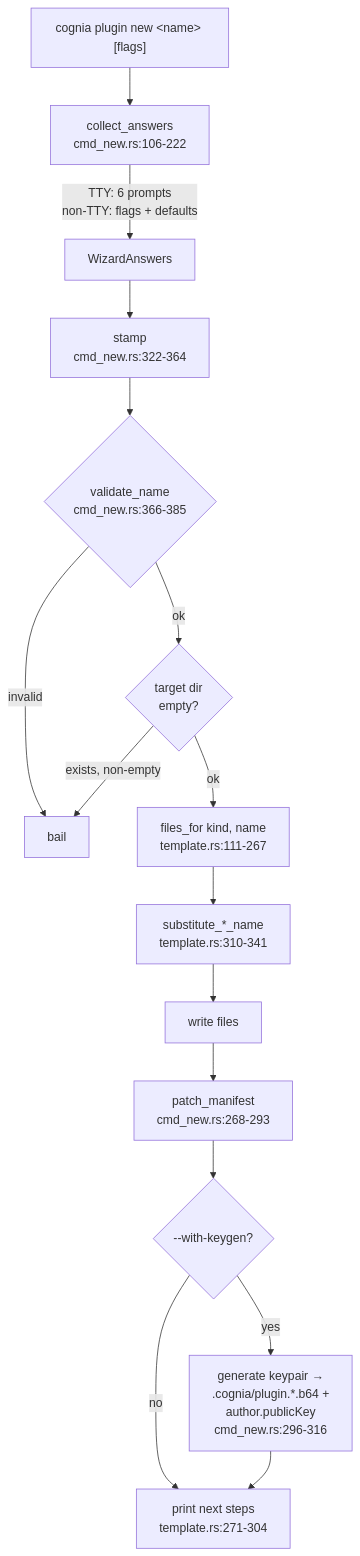
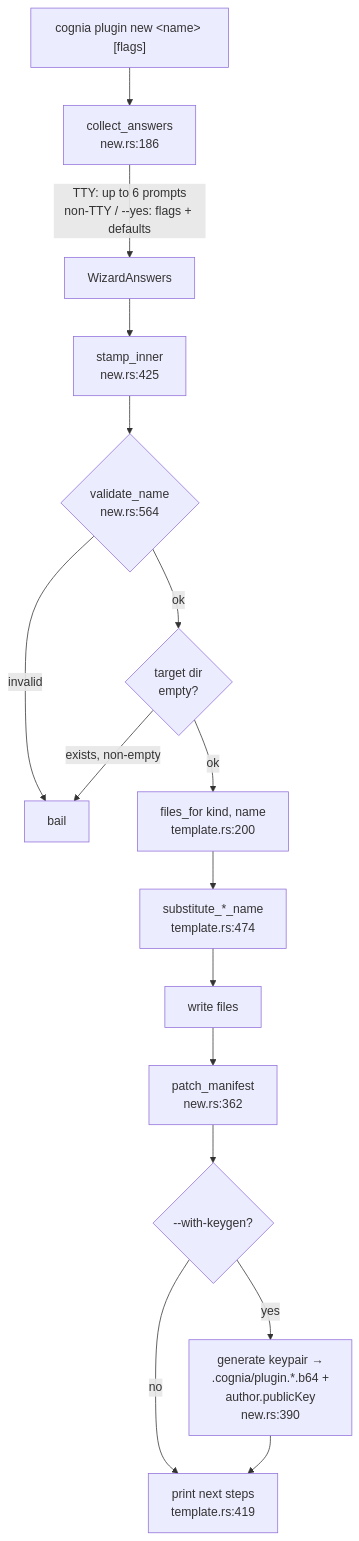
The diagram in docs/content/docs/en/subsystems/cognia-cli/scaffolding.mdx (MaxQian888/cognia-next), drawn with Mermaid before and after one commit. The commit also changed other lines of this file and 7 other files, not shown here.

````diff
--- a/docs/content/docs/en/subsystems/cognia-cli/scaffolding.mdx
+++ b/docs/content/docs/en/subsystems/cognia-cli/scaffolding.mdx
@@ -20,18 +21,18 @@
 ```mermaid
 flowchart TD
-  CMD["cognia plugin new &lt;name&gt; [flags]"] --> CA[collect_answers<br/>cmd_new.rs:106-222]
-  CA -- "TTY: 6 prompts<br/>non-TTY: flags + defaults" --> WA[WizardAnswers]
-  WA --> ST[stamp<br/>cmd_new.rs:322-364]
-  ST --> VN{validate_name<br/>cmd_new.rs:366-385}
+  CMD["cognia plugin new &lt;name&gt; [flags]"] --> CA[collect_answers<br/>new.rs:186]
+  CA -- "TTY: up to 6 prompts<br/>non-TTY / --yes: flags + defaults" --> WA[WizardAnswers]
+  WA --> ST[stamp_inner<br/>new.rs:425]
+  ST --> VN{validate_name<br/>new.rs:564}
   VN -- invalid --> ERR[bail]
   VN -- ok --> DIR{target dir<br/>empty?}
   DIR -- "exists, non-empty" --> ERR
-  DIR -- ok --> FF[files_for kind, name<br/>template.rs:111-267]
-  FF --> SUB[substitute_*_name<br/>template.rs:310-341]
+  DIR -- ok --> FF[files_for kind, name<br/>template.rs:200]
+  FF --> SUB[substitute_*_name<br/>template.rs:474]
   SUB --> W[write files]
-  W --> PM[patch_manifest<br/>cmd_new.rs:268-293]
+  W --> PM[patch_manifest<br/>new.rs:362]
   PM --> KG{--with-keygen?}
-  KG -- yes --> EK[generate keypair →<br/>.cognia/plugin.*.b64 +<br/>author.publicKey<br/>cmd_new.rs:296-316]
+  KG -- yes --> EK[generate keypair →<br/>.cognia/plugin.*.b64 +<br/>author.publicKey<br/>new.rs:390]
   KG -- no --> NS
-  EK --> NS[print next steps<br/>template.rs:271-304]
+  EK --> NS[print next steps<br/>template.rs:419]
 ```
````
